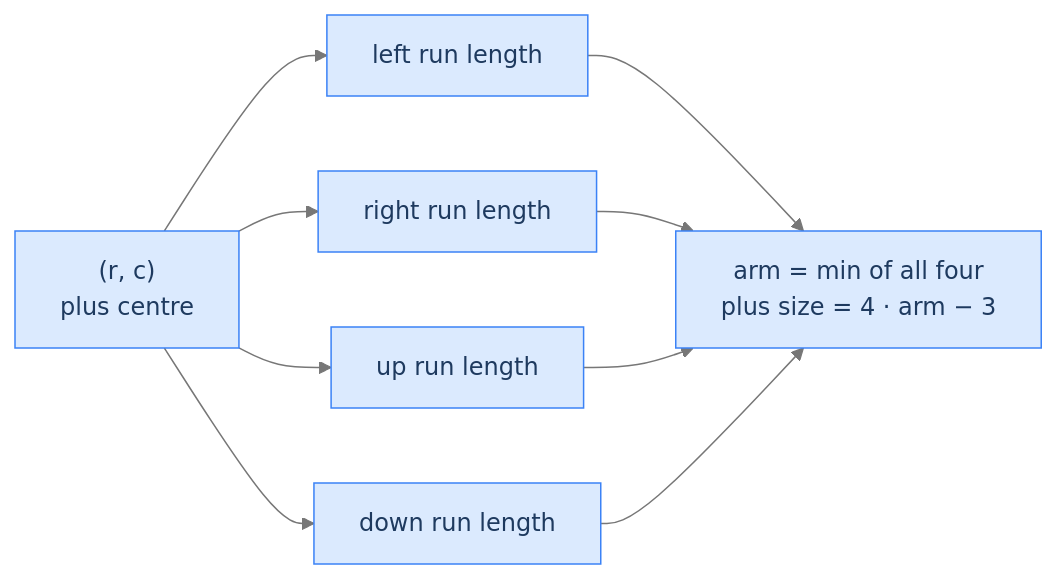
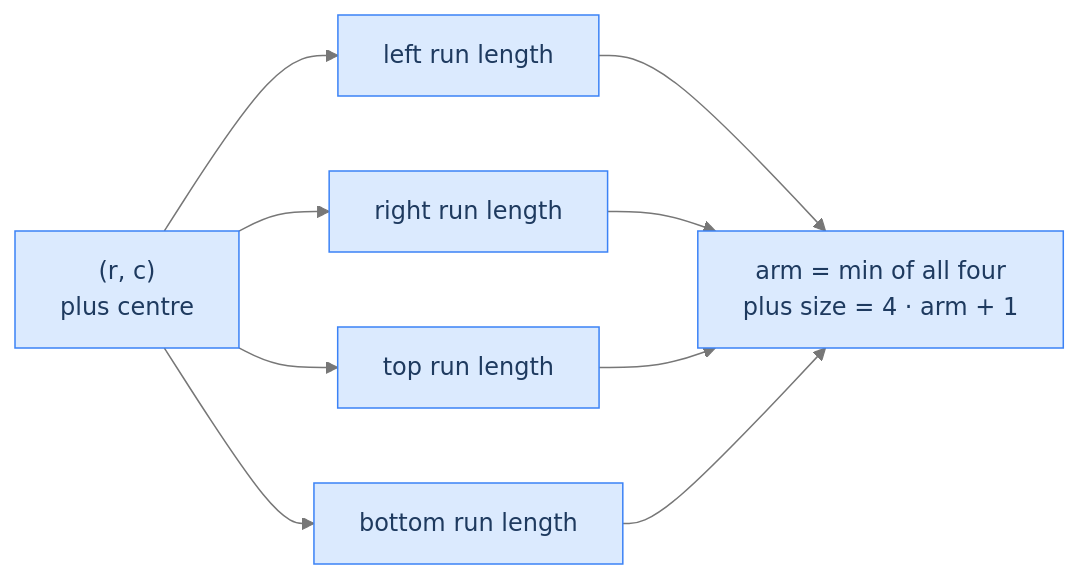
One commit to ani2fun/codefolio changed the third of 3 diagrams in content/cortex/data-structures-and-algorithms/05-algorithms-by-strategy/05-dynamic-programming/17-pattern-2d-grid.md. Above: the diagram before and after it, drawn with Mermaid. The commit also changed other lines of this file and 319 other files, not shown here.

````diff
--- a/content/cortex/data-structures-and-algorithms/05-algorithms-by-strategy/05-dynamic-programming/17-pattern-2d-grid.md
+++ b/content/cortex/data-structures-and-algorithms/05-algorithms-by-strategy/05-dynamic-programming/17-pattern-2d-grid.md
@@ -707,23 +799,23 @@
 ```mermaid
 ---
 config:
   theme: base
   themeVariables:
     primaryColor: "#dbeafe"
     primaryBorderColor: "#3b82f6"
     primaryTextColor: "#1e3a5f"
     lineColor: "#777777"
     secondaryColor: "#ede9fe"
     tertiaryColor: "#fef9c3"
 ---
 flowchart LR
   CENTER["(r, c)<br/>plus centre"]
   CENTER --> L["left run length"]
   CENTER --> R["right run length"]
-  CENTER --> U["up run length"]
-  CENTER --> D["down run length"]
-  L --> MIN["arm = min of all four<br/>plus size = 4 · arm − 3"]
+  CENTER --> U["top run length"]
+  CENTER --> D["bottom run length"]
+  L --> MIN["arm = min of all four<br/>plus size = 4 · arm + 1"]
   R --> MIN
   U --> MIN
   D --> MIN
 ```
````
